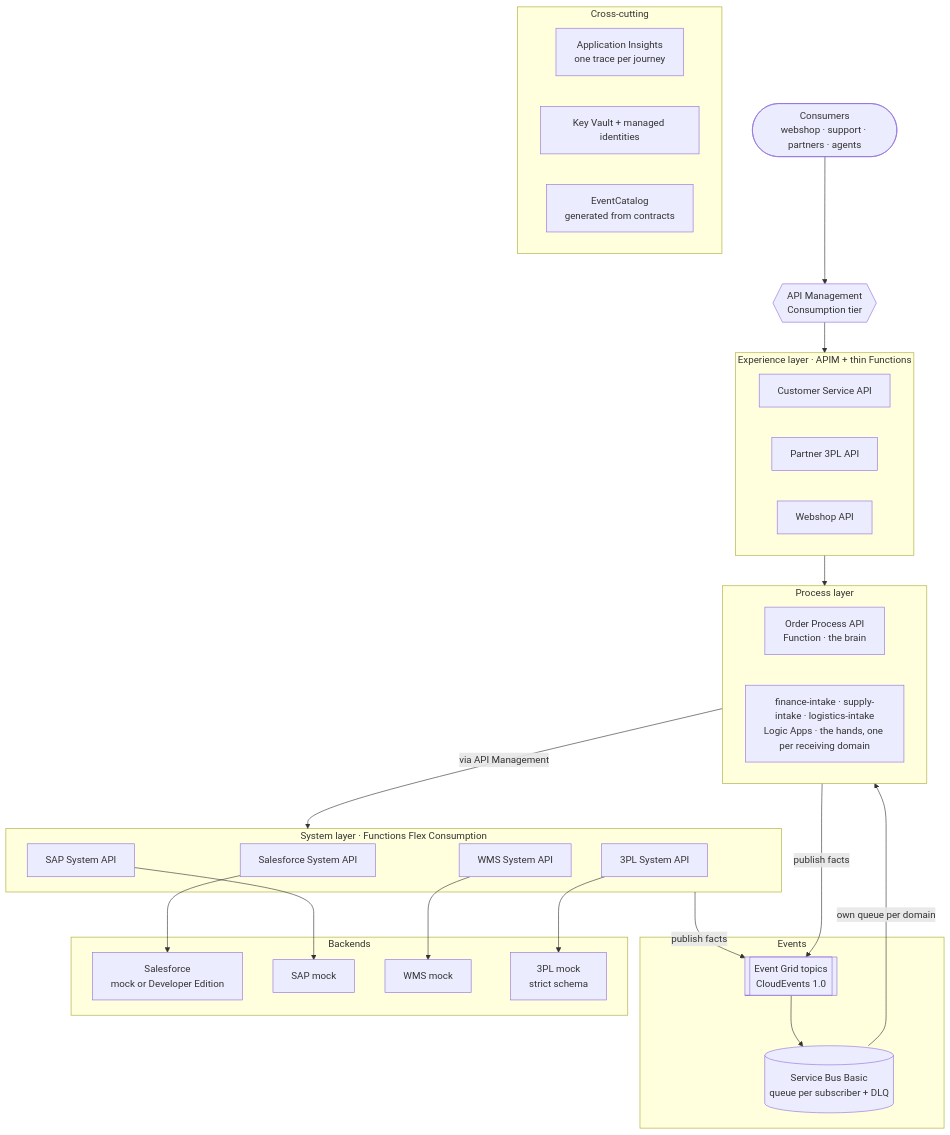
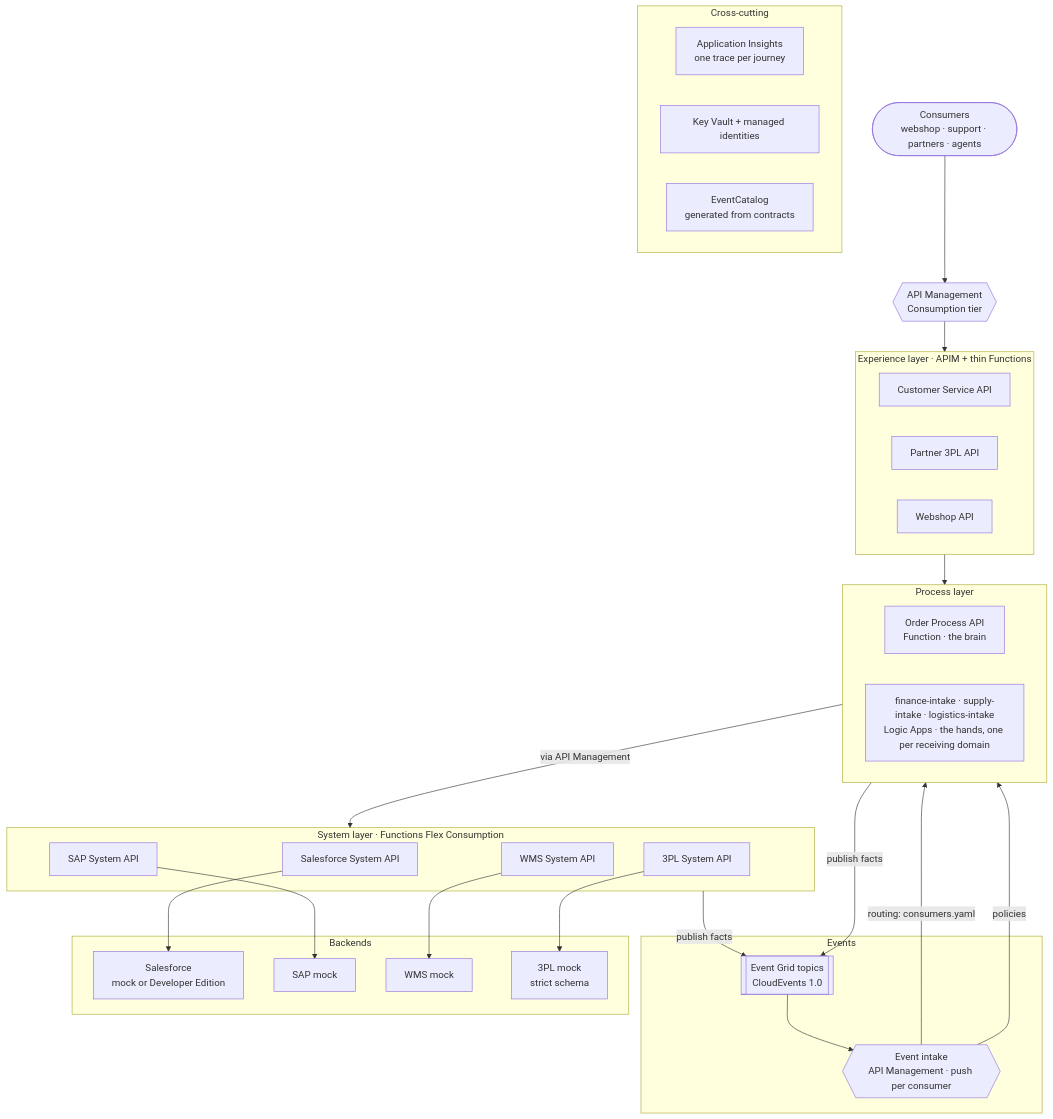
Before and after one commit to azure-intelligence-domain/ai-intelligence-domain: the first of 2 diagrams in README.md, drawn with Mermaid. The commit also changed other lines of this file and 5 other files, not shown here.

First line of the commit message:
Step 6 done: SAP, WMS, 3PL, intake flows, event intake, policies

````diff
--- a/README.md
+++ b/README.md
@@ -85,53 +85,54 @@
 ```mermaid
 flowchart TB
     consumers(["Consumers<br/>webshop · support · partners · agents"])
     apim{{"API Management<br/>Consumption tier"}}
 
     subgraph experience["Experience layer · APIM + thin Functions"]
         direction LR
         exp_cs["Customer Service API"]
         exp_partner["Partner 3PL API"]
         exp_web["Webshop API"]
     end
 
     subgraph process["Process layer"]
         direction LR
         proc_order["Order Process API<br/>Function · the brain"]
         flows["finance-intake · supply-intake · logistics-intake<br/>Logic Apps · the hands, one per receiving domain"]
     end
 
     subgraph events["Events"]
         eg[["Event Grid topics<br/>CloudEvents 1.0"]]
-        sbq[("Service Bus Basic<br/>queue per subscriber + DLQ")]
+        sbq{{"Event intake<br/>API Management · push per consumer"}}
     end
 
     subgraph system["System layer · Functions Flex Consumption"]
         sys_sf["Salesforce System API"]
         sys_sap["SAP System API"]
         sys_wms["WMS System API"]
         sys_3pl["3PL System API"]
     end
 
     subgraph backends["Backends"]
         sf["Salesforce<br/>mock or Developer Edition"]
         sap["SAP mock"]
         wms["WMS mock"]
         tpl["3PL mock<br/>strict schema"]
     end
 
     subgraph shared["Cross-cutting"]
         appi["Application Insights<br/>one trace per journey"]
         kv["Key Vault + managed identities"]
         catalog["EventCatalog<br/>generated from contracts"]
     end
 
     consumers --> apim --> experience
     experience --> process
-    proc_order -- "publish facts" --> eg --> sbq -- "own queue per domain" --> flows
+    proc_order -- "publish facts" --> eg --> sbq -- "routing: consumers.yaml" --> flows
+    sbq -- "policies" --> proc_order
     system -- "publish facts" --> eg
     process -- "via API Management" --> system
     sys_sf --> sf
     sys_sap --> sap
     sys_wms --> wms
     sys_3pl --> tpl
 ```
````
